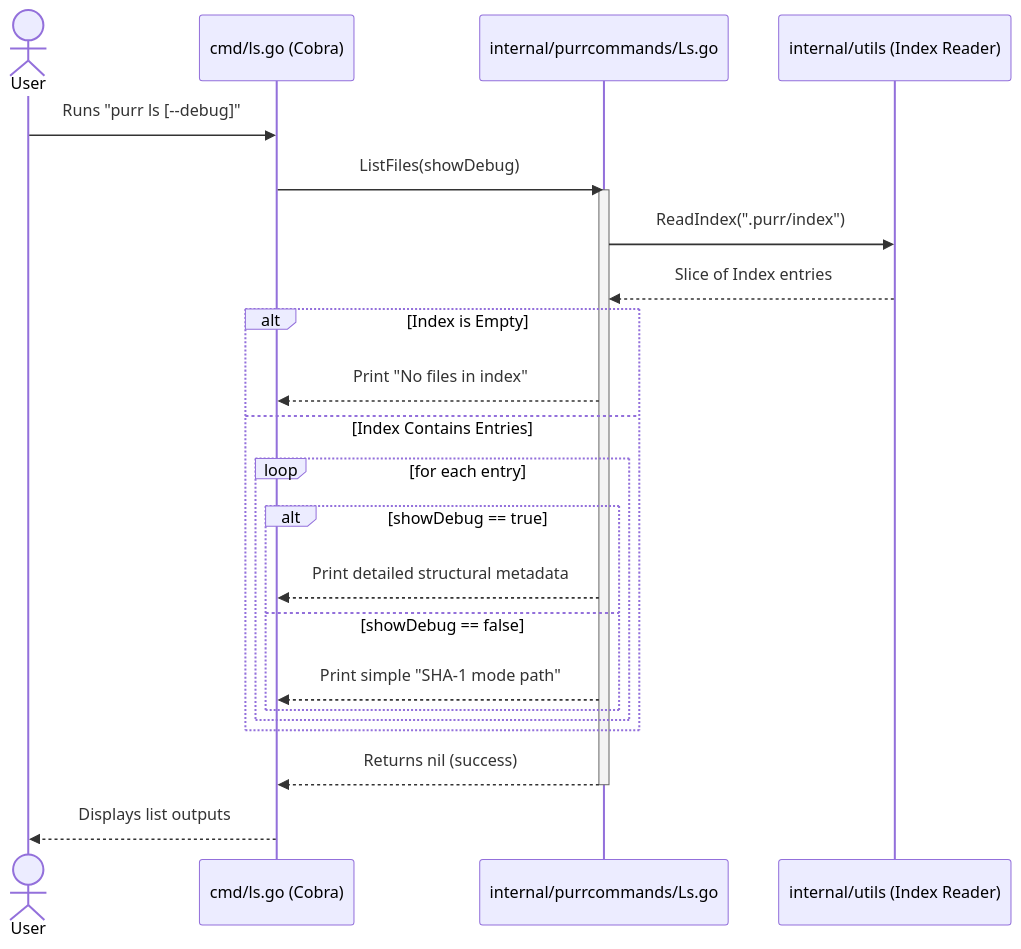
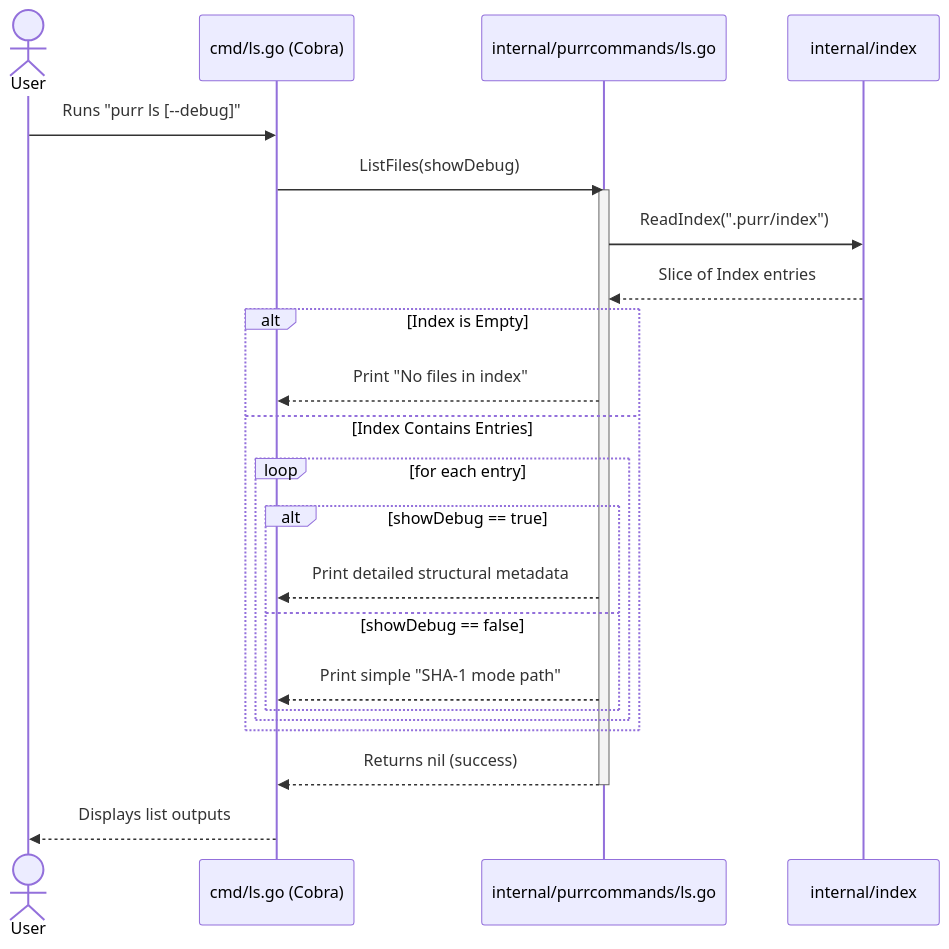
One commit to TheRealShek/persephone changed the third of 6 diagrams in Docs/ARCHITECTURE.md. Above: the diagram before and after it, drawn with Mermaid. The commit also changed other lines of this file and 5 other files, not shown here.

````diff
--- a/Docs/ARCHITECTURE.md
+++ b/Docs/ARCHITECTURE.md
@@ -295,30 +186,30 @@
 ```mermaid
 sequenceDiagram
     actor User
     participant CLI as cmd/ls.go (Cobra)
-    participant Core as internal/purrcommands/Ls.go
-    participant Utils as internal/utils (Index Reader)
+    participant Core as internal/purrcommands/ls.go
+    participant Index as internal/index
 
     User->>CLI: Runs "purr ls [--debug]"
     CLI->>Core: ListFiles(showDebug)
 
     activate Core
-    Core->>Utils: ReadIndex(".purr/index")
-    Utils-->>Core: Slice of Index entries
+    Core->>Index: ReadIndex(".purr/index")
+    Index-->>Core: Slice of Index entries
 
     alt Index is Empty
         Core-->>CLI: Print "No files in index"
     else Index Contains Entries
         loop for each entry
             alt showDebug == true
                 Core-->>CLI: Print detailed structural metadata
             else showDebug == false
                 Core-->>CLI: Print simple "SHA-1  mode  path"
             end
         end
     end
 
     Core-->>CLI: Returns nil (success)
     deactivate Core
     CLI-->>User: Displays list outputs
 ```
````
